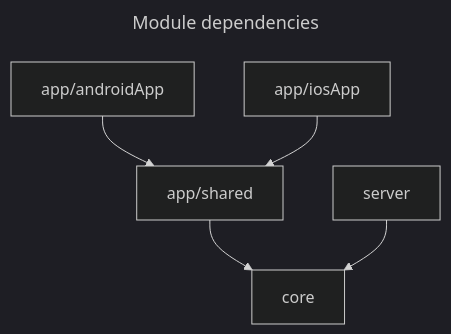
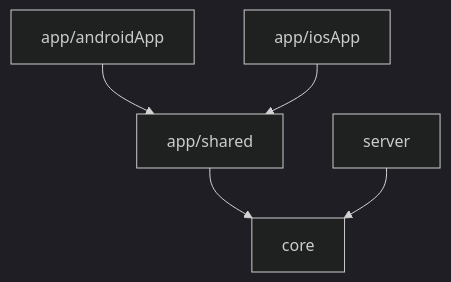
Before and after one commit to dzejkob23/be-fair: the diagram in AGENTS.md, drawn with Mermaid (dark theme). The commit also changed other lines of this file and 4 other files, not shown here.

````diff
--- a/AGENTS.md
+++ b/AGENTS.md
@@ -48,10 +38,7 @@
 ```mermaid
----
-title: Module dependencies
----
 flowchart
     app/androidApp --> app/shared
     app/iosApp --> app/shared
     app/shared --> core
     server --> core
 ```
````
